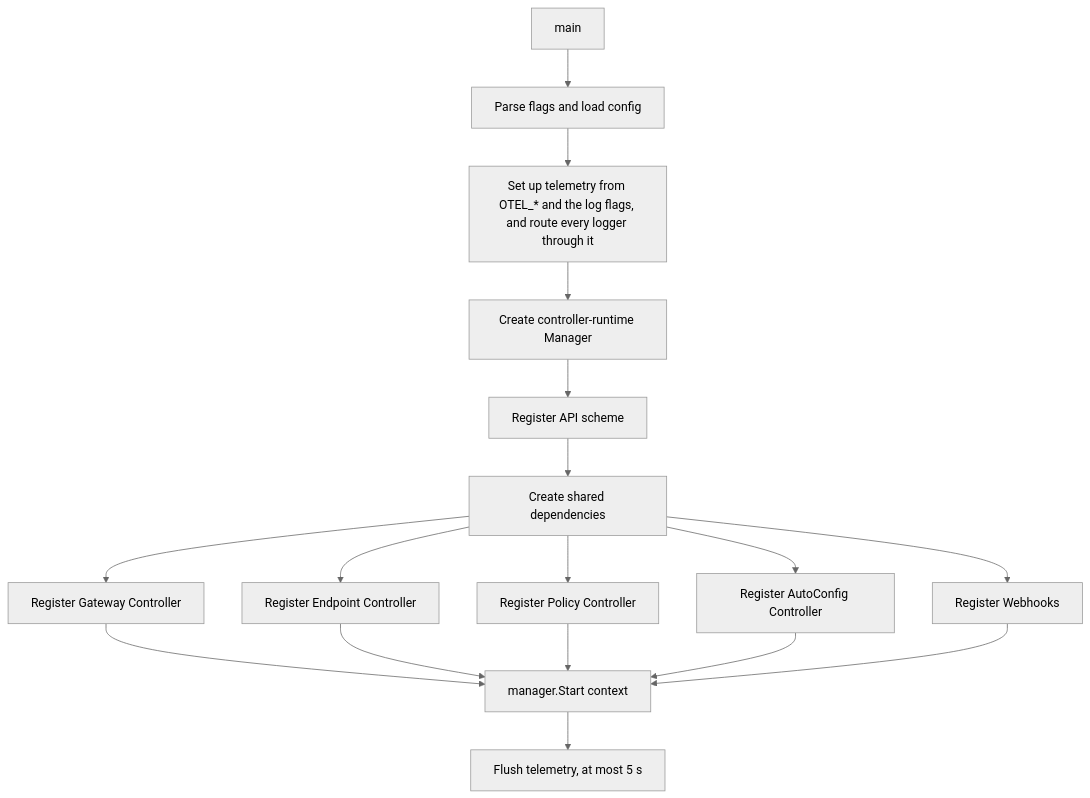
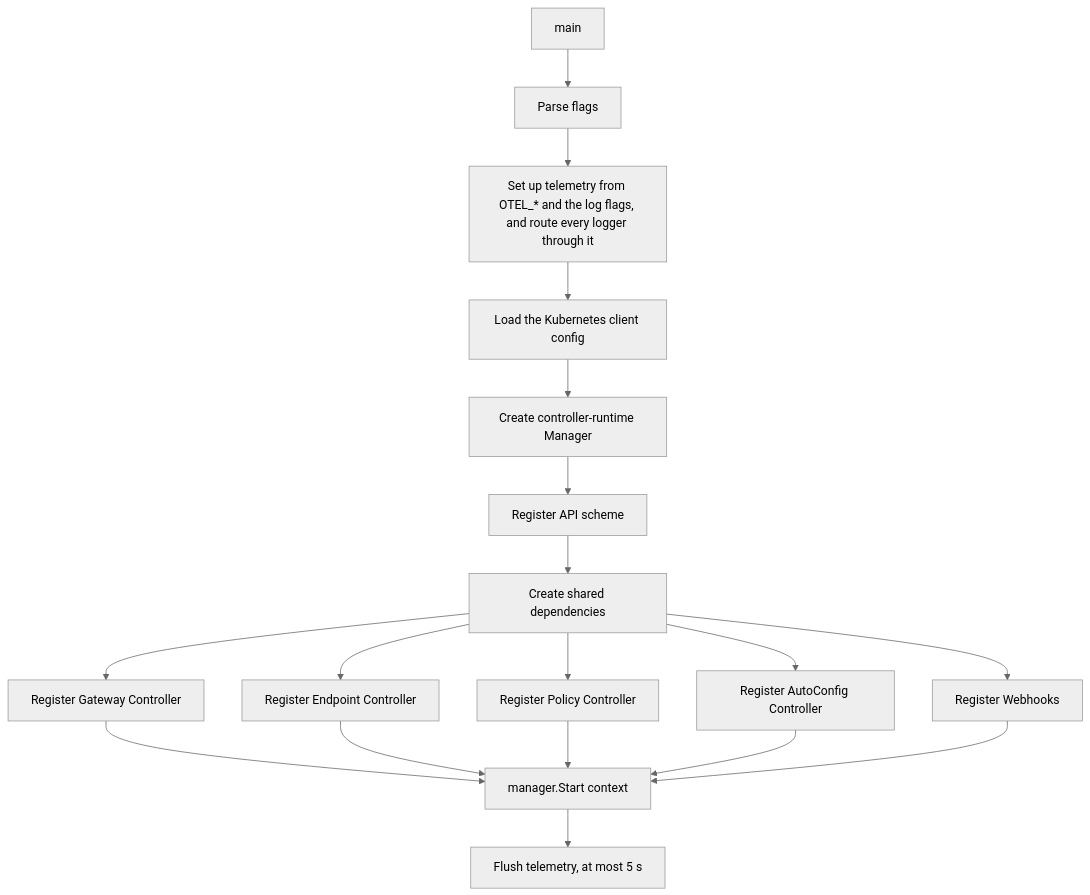
The first of 10 diagrams in architecture/application/application-architecture.md (MyCarrier-DevOps/KrakenD-Operator), drawn with Mermaid (neutral theme) before and after one commit.

Commit message:
docs(architecture): fix the startup order in the flowchart

````diff
--- a/architecture/application/application-architecture.md
+++ b/architecture/application/application-architecture.md
@@ -61,15 +61,16 @@
 ```mermaid
 flowchart TD
-    A[main] --> B[Parse flags and load config]
+    A[main] --> B[Parse flags]
     B --> T[Set up telemetry from OTEL_* and the log flags, and route every logger through it]
-    T --> C[Create controller-runtime Manager]
+    T --> G0[Load the Kubernetes client config]
+    G0 --> C[Create controller-runtime Manager]
     C --> D[Register API scheme]
     D --> E[Create shared dependencies]
     E --> F[Register Gateway Controller]
     E --> G[Register Endpoint Controller]
     E --> H[Register Policy Controller]
     E --> I[Register AutoConfig Controller]
     E --> K[Register Webhooks]
     F & G & H & I & K --> L[manager.Start context]
     L --> M[Flush telemetry, at most 5 s]
 ```
````
